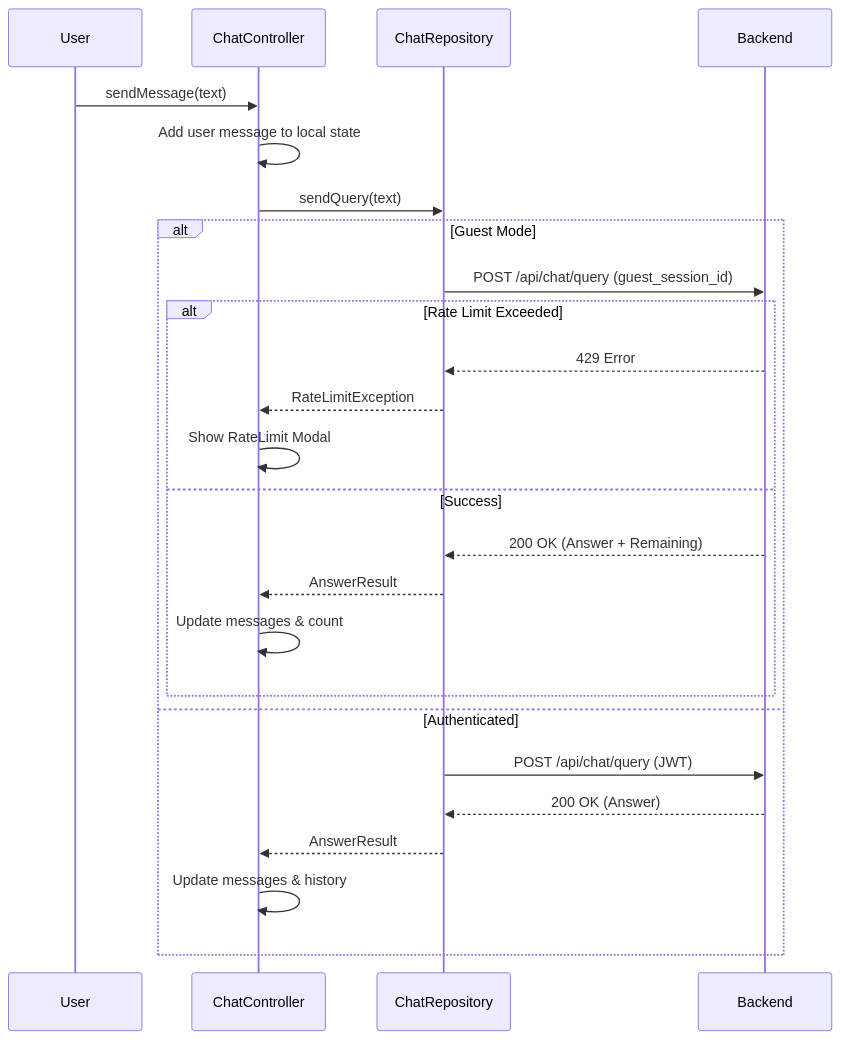
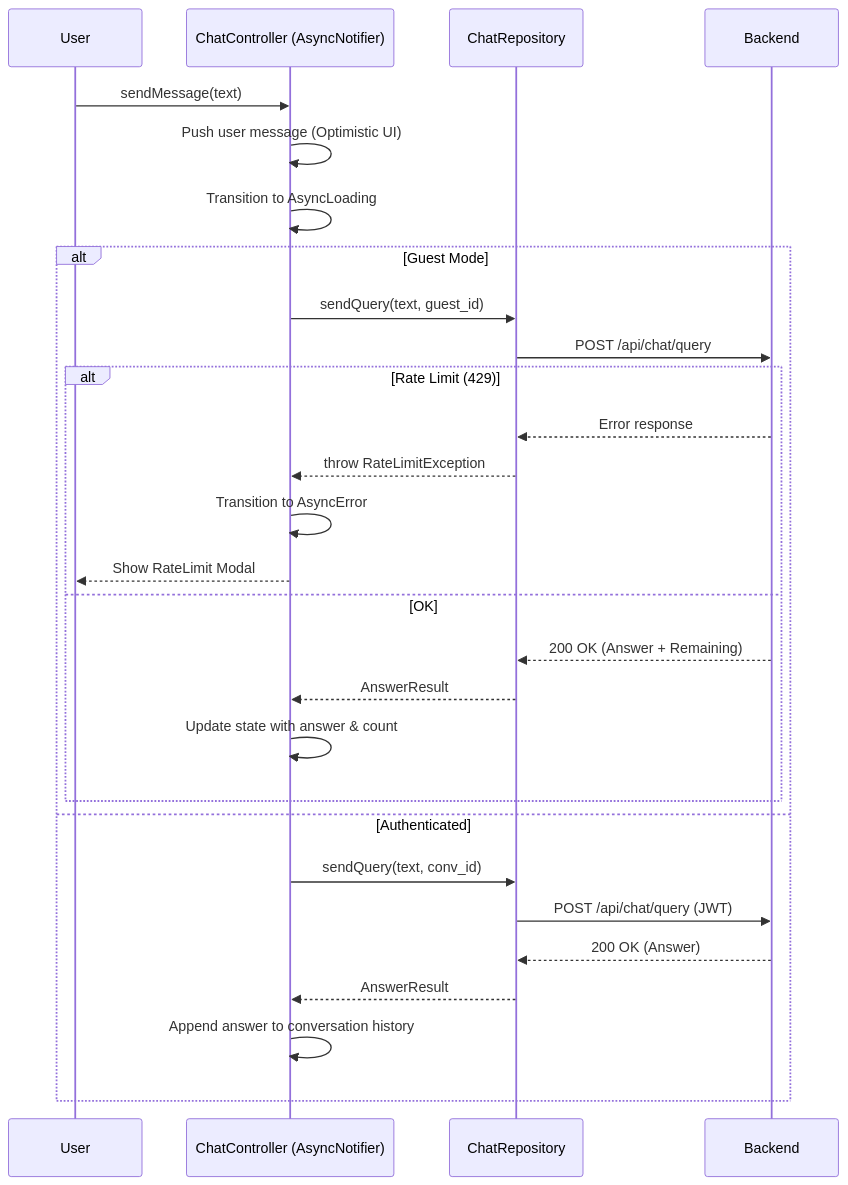
Before and after one commit to shashigemini/cs698-repo: the second of 3 diagrams in docs-site/docs/state-management.md, drawn with Mermaid. The commit also changed other lines of this file and 385 other files, not shown here.

````diff
--- a/docs-site/docs/state-management.md
+++ b/docs-site/docs/state-management.md
@@ -28,29 +34,32 @@
 ```mermaid
 sequenceDiagram
     participant U as User
-    participant C as ChatController
+    participant C as ChatController (AsyncNotifier)
     participant R as ChatRepository
     participant B as Backend
     
     U->>C: sendMessage(text)
-    C->>C: Add user message to local state
-    C->>R: sendQuery(text)
+    C->>C: Push user message (Optimistic UI)
+    C->>C: Transition to AsyncLoading
     
     alt Guest Mode
-        R->>B: POST /api/chat/query (guest_session_id)
-        alt Rate Limit Exceeded
-            B-->>R: 429 Error
-            R-->>C: RateLimitException
-            C->>C: Show RateLimit Modal
-        else Success
+        C->>R: sendQuery(text, guest_id)
+        R->>B: POST /api/chat/query
+        alt Rate Limit (429)
+            B-->>R: Error response
+            R-->>C: throw RateLimitException
+            C->>C: Transition to AsyncError
+            C-->>U: Show RateLimit Modal
+        else OK
             B-->>R: 200 OK (Answer + Remaining)
             R-->>C: AnswerResult
-            C->>C: Update messages & count
+            C->>C: Update state with answer & count
         end
     else Authenticated
+        C->>R: sendQuery(text, conv_id)
         R->>B: POST /api/chat/query (JWT)
         B-->>R: 200 OK (Answer)
         R-->>C: AnswerResult
-        C->>C: Update messages & history
+        C->>C: Append answer to conversation history
     end
 ```
````
